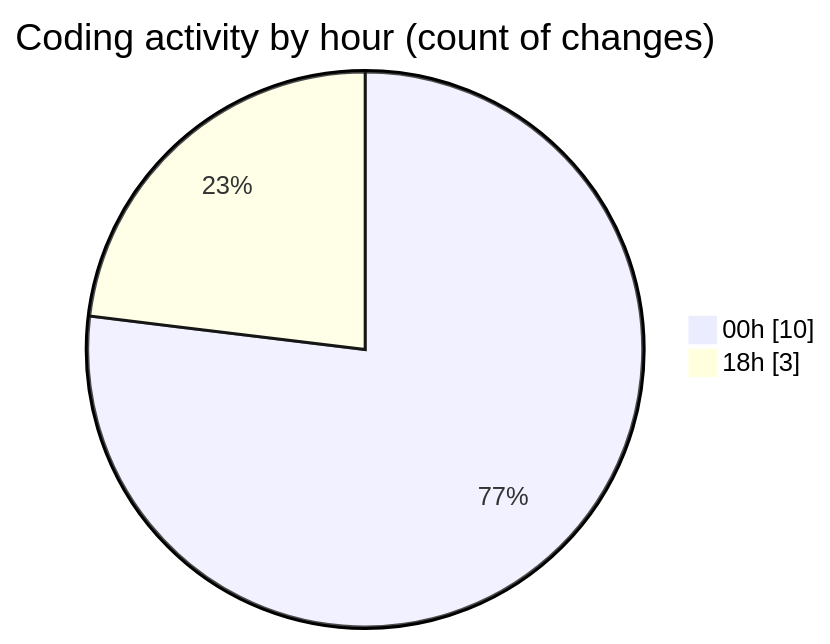
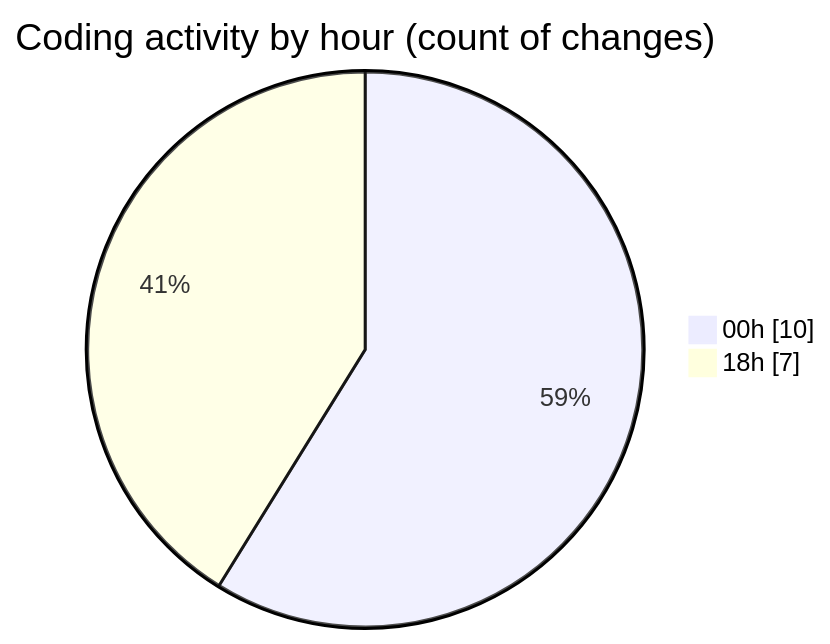
Before and after one commit to NitaiMahat/code-tracking: the second of 2 diagrams in 2025-05-27/minisocialnetwork/README.md, drawn with Mermaid. The commit also changed other lines of this file and 1 other file, not shown here.

````diff
--- a/2025-05-27/minisocialnetwork/README.md
+++ b/2025-05-27/minisocialnetwork/README.md
@@ -33,6 +37,6 @@
 ```mermaid
 pie showData
 title Coding activity by hour (count of changes)
 "00h" : 10
-"18h" : 3
+"18h" : 7
 ```
````
